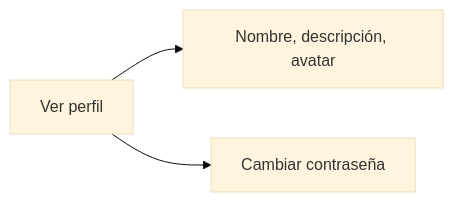
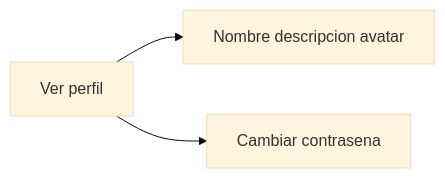
One commit to Erick1528/revista-mundo-real changed the seventh of 7 diagrams in README.md. Above: the diagram before and after it, drawn with Mermaid (base theme). The commit also changed other lines of this file, not shown here.

Commit message:
chore: update README diagrams for improved clarity and consistency, correcting labels and enhancing visual structure

````diff
--- a/README.md
+++ b/README.md
@@ -182,9 +182,9 @@
 ```mermaid
-flowchart LR
-  Ver["Ver perfil"]
-  Datos["Nombre, descripción, avatar"]
-  Pass["Cambiar contraseña"]
+graph LR
+  Ver[Ver perfil]
+  Datos[Nombre descripcion avatar]
+  Pass[Cambiar contrasena]
 
   Ver --> Datos
   Ver --> Pass
 ```
````
